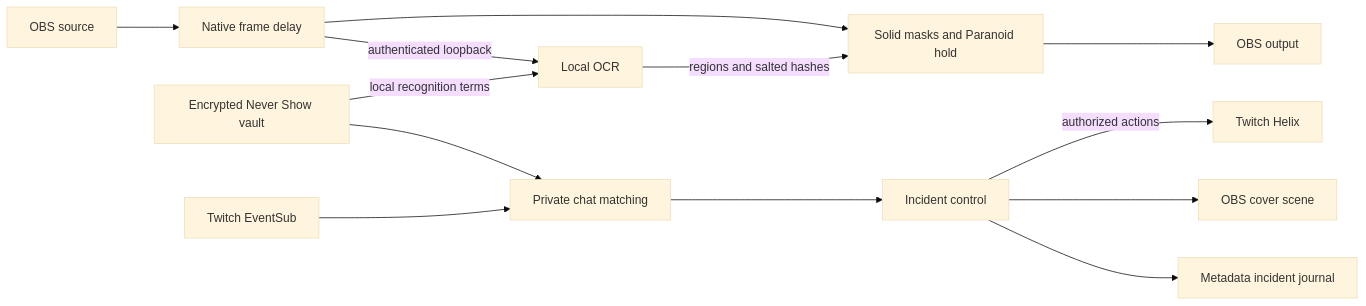
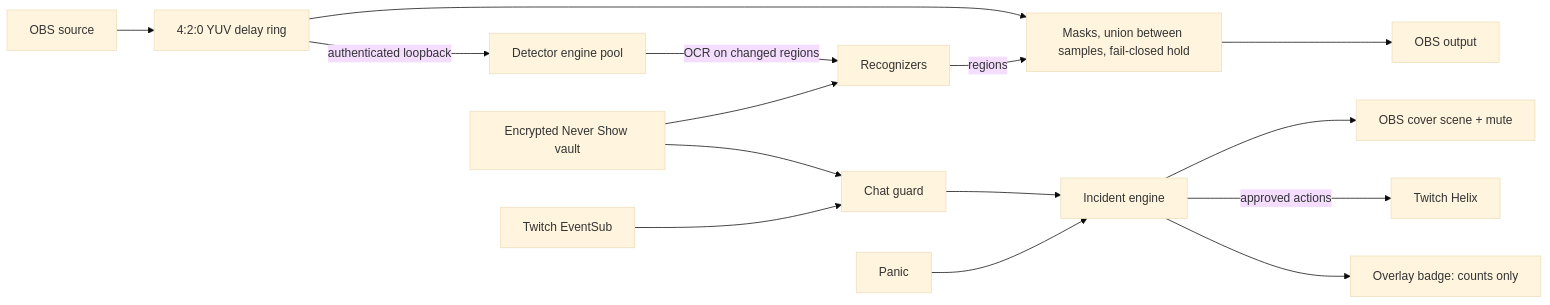
Before and after one commit to vivekyarra/veil: the diagram in README.md, drawn with Mermaid (base theme). The commit also changed other lines of this file and 122 other files, not shown here.

First line of the commit message:
Harden detection, OBS filter, Twitch guard and control room

````diff
--- a/README.md
+++ b/README.md
@@ -68,15 +35,17 @@
 ```mermaid
 flowchart LR
-  Source[OBS source] --> Delay[Native frame delay]
-  Delay --> Guard[Solid masks and Paranoid hold]
+  Source[OBS source] --> Ring[4:2:0 YUV delay ring]
+  Ring --> Guard[Masks, union between samples, fail-closed hold]
   Guard --> Stream[OBS output]
-  Delay -->|authenticated loopback| OCR[Local OCR]
-  OCR -->|regions and salted hashes| Guard
-  Vault[Encrypted Never Show vault] --> Match[Private chat matching]
-  Vault -->|local recognition terms| OCR
-  Twitch[Twitch EventSub] --> Match
-  Match --> Response[Incident control]
-  Response -->|authorized actions| Helix[Twitch Helix]
-  Response --> Cover[OBS cover scene]
-  Response --> Journal[Metadata incident journal]
+  Ring -->|authenticated loopback| Pool[Detector engine pool]
+  Pool -->|OCR on changed regions| Rec[Recognizers]
+  Rec -->|regions| Guard
+  Vault[Encrypted Never Show vault] --> Rec
+  Vault --> Chat[Chat guard]
+  Twitch[Twitch EventSub] --> Chat
+  Chat --> Incident[Incident engine]
+  Panic[Panic] --> Incident
+  Incident --> Cover[OBS cover scene + mute]
+  Incident -->|approved actions| Helix[Twitch Helix]
+  Incident --> Badge[Overlay badge: counts only]
 ```
````
